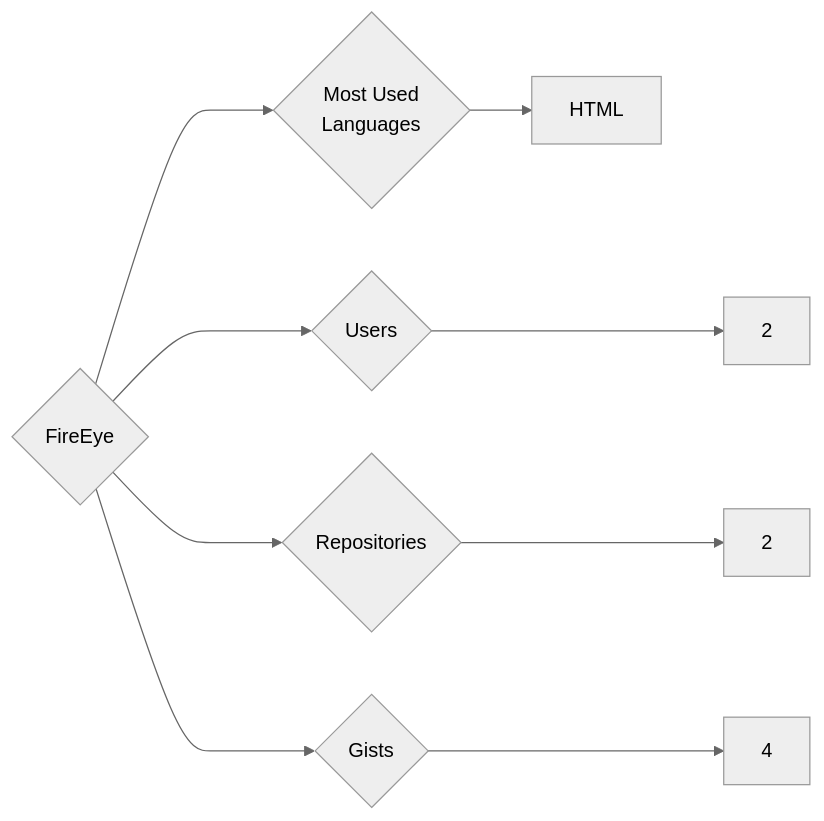
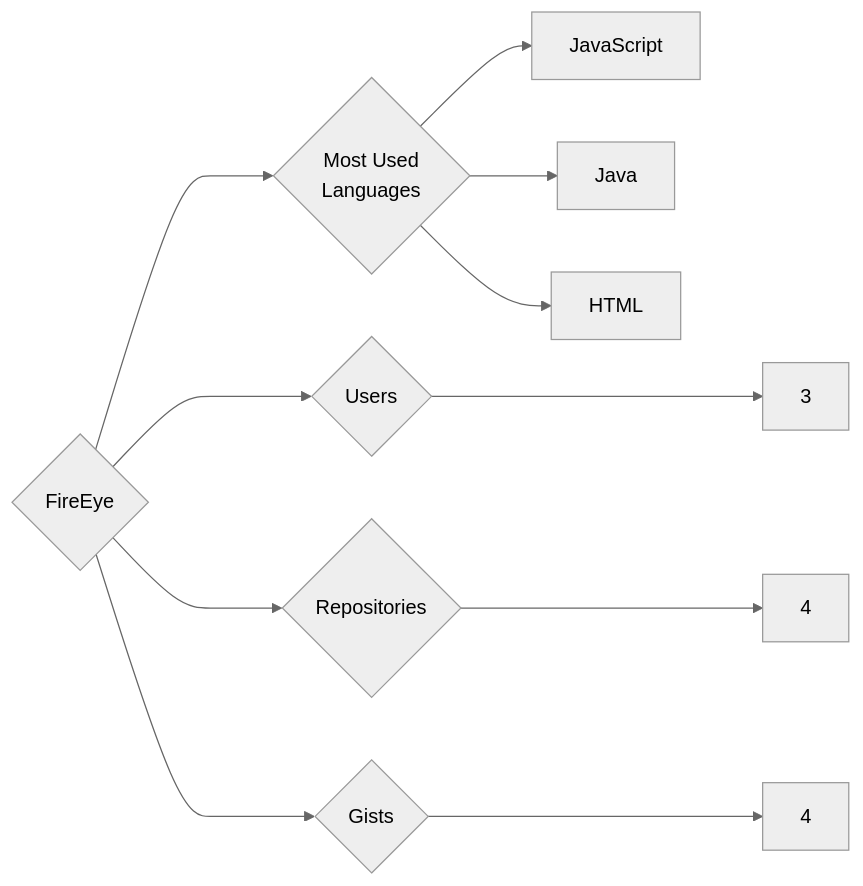
One commit to trickest/insiders changed the diagram in targets/FireEye/README.md. Above: the diagram before and after it, drawn with Mermaid (neutral theme). The commit also changed 636 other files, not shown here.

````diff
--- a/targets/FireEye/README.md
+++ b/targets/FireEye/README.md
@@ -3,9 +3,11 @@
 ```mermaid
 graph LR
 COMPANY_NAME{FireEye}
-COMPANY_NAME ---> U{Users} ---> UN[2]
-COMPANY_NAME ---> R{Repositories} ---> RN[2]
+COMPANY_NAME ---> U{Users} ---> UN[3]
+COMPANY_NAME ---> R{Repositories} ---> RN[4]
 COMPANY_NAME ---> G{Gists} ---> GN[4]
 COMPANY_NAME ---> ML{Most Used<br>Languages}
+ML --> JavaScript[JavaScript]
+ML --> Java[Java]
 ML --> HTML[HTML]
 ```
````
